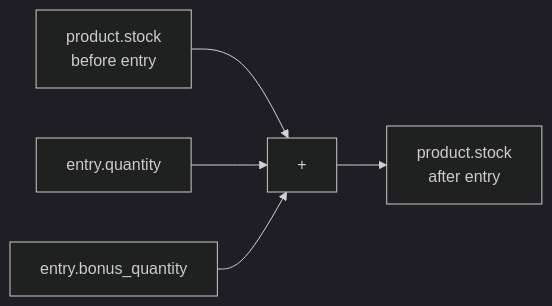
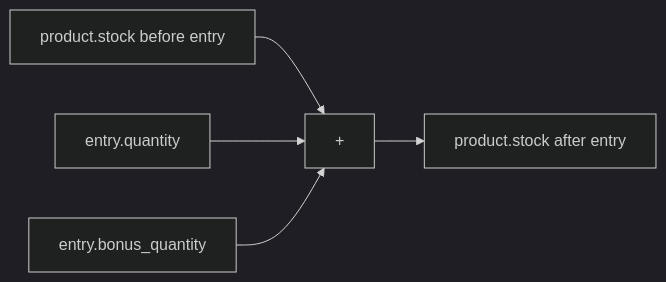
The third of 3 diagrams in docs/diagrams/FLOW-STOCK.md (seqencia/InventoryProyectHome), drawn with Mermaid (dark theme) before and after one commit. The commit also changed other lines of this file and 6 other files, not shown here.

First line of the commit message:
fix: correct Mermaid syntax errors in all diagrams

````diff
--- a/docs/diagrams/FLOW-STOCK.md
+++ b/docs/diagrams/FLOW-STOCK.md
@@ -79,7 +76,7 @@
 ```mermaid
 flowchart LR
-    PREV[product.stock\nbefore entry] --> PLUS[+]
+    PREV[product.stock before entry] --> PLUS[+]
     QTY[entry.quantity] --> PLUS
     BONUS[entry.bonus_quantity] --> PLUS
-    PLUS --> NEXT[product.stock\nafter entry]
+    PLUS --> NEXT[product.stock after entry]
 ```
````
